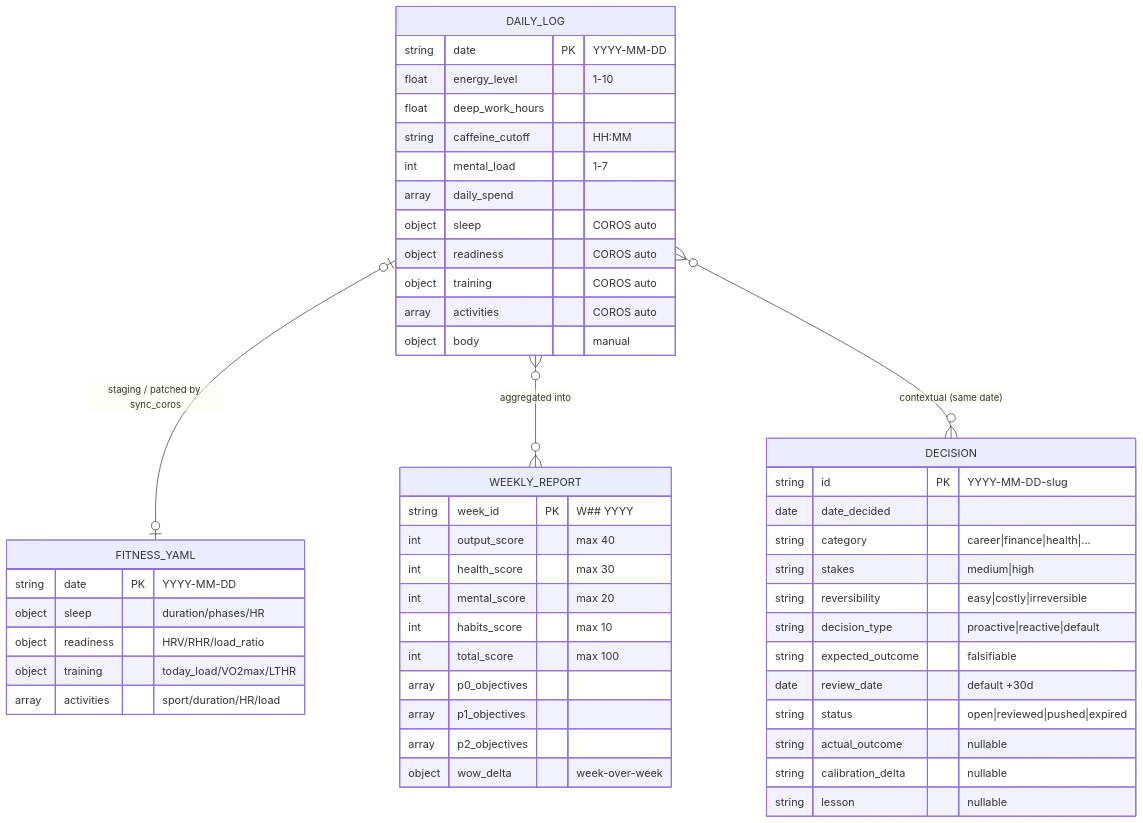
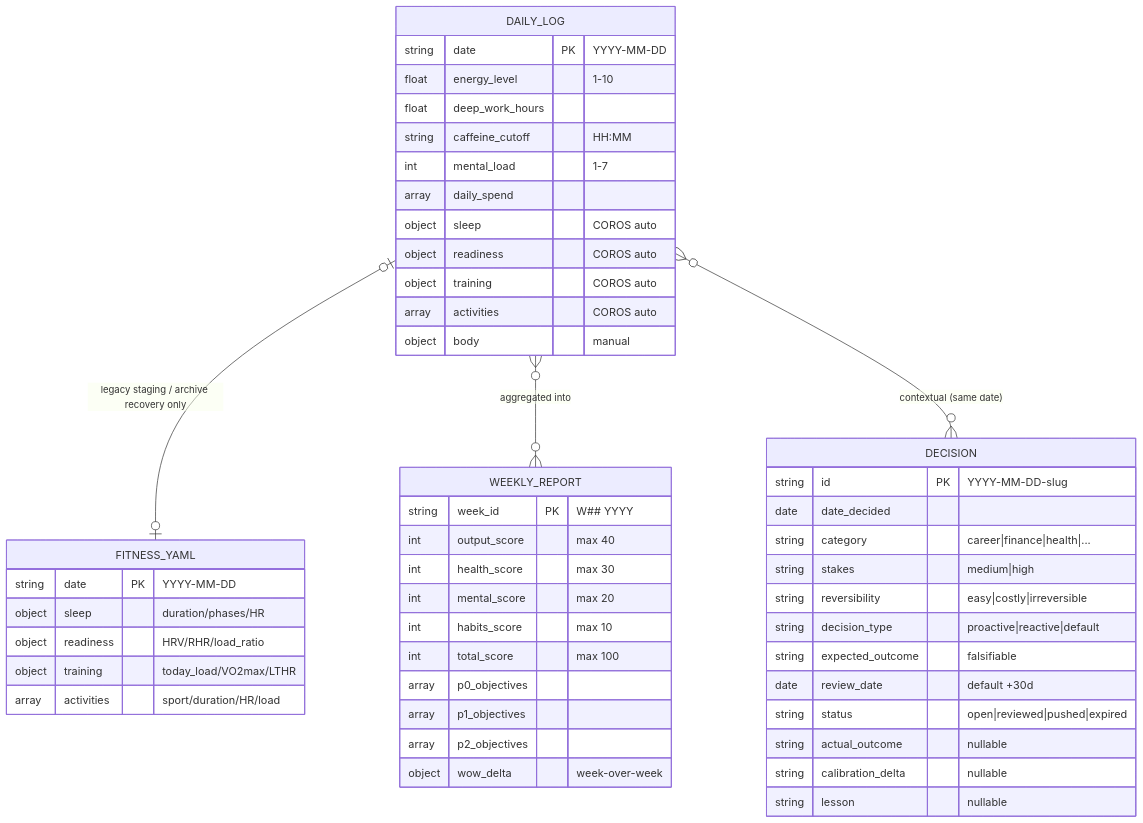
Before and after one commit to KelvinYou/personal-os: the fourth of 7 diagrams in ARCHITECTURE.md, drawn with Mermaid. The commit also changed other lines of this file and 19 other files, not shown here.

Commit message:
docs: update architecture, workflow SOP, roadmap and correction queue

````diff
--- a/ARCHITECTURE.md
+++ b/ARCHITECTURE.md
@@ -153,56 +141,56 @@
 ```mermaid
 erDiagram
     DAILY_LOG {
         string date PK "YYYY-MM-DD"
         float energy_level "1-10"
         float deep_work_hours
         string caffeine_cutoff "HH:MM"
         int mental_load "1-7"
         array daily_spend
         object sleep "COROS auto"
         object readiness "COROS auto"
         object training "COROS auto"
         array activities "COROS auto"
         object body "manual"
     }
 
     FITNESS_YAML {
         string date PK "YYYY-MM-DD"
         object sleep "duration/phases/HR"
         object readiness "HRV/RHR/load_ratio"
         object training "today_load/VO2max/LTHR"
         array activities "sport/duration/HR/load"
     }
 
     WEEKLY_REPORT {
         string week_id PK "W## YYYY"
         int output_score "max 40"
         int health_score "max 30"
         int mental_score "max 20"
         int habits_score "max 10"
         int total_score "max 100"
         array p0_objectives
         array p1_objectives
         array p2_objectives
         object wow_delta "week-over-week"
     }
 
     DECISION {
         string id PK "YYYY-MM-DD-slug"
         date date_decided
         string category "career|finance|health|..."
         string stakes "medium|high"
         string reversibility "easy|costly|irreversible"
         string decision_type "proactive|reactive|default"
         string expected_outcome "falsifiable"
         date review_date "default +30d"
         string status "open|reviewed|pushed|expired"
         string actual_outcome "nullable"
         string calibration_delta "nullable"
         string lesson "nullable"
     }
 
-    DAILY_LOG o|--o| FITNESS_YAML : "staging / patched by sync_coros"
+    DAILY_LOG o|--o| FITNESS_YAML : "legacy staging / archive recovery only"
     DAILY_LOG }o--o{ WEEKLY_REPORT : "aggregated into"
     DAILY_LOG }o--o{ DECISION : "contextual (same date)"
 ```
````
